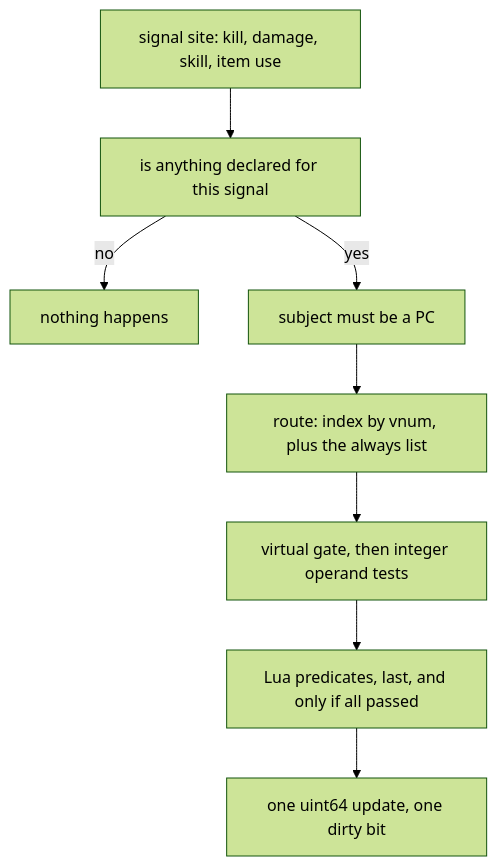
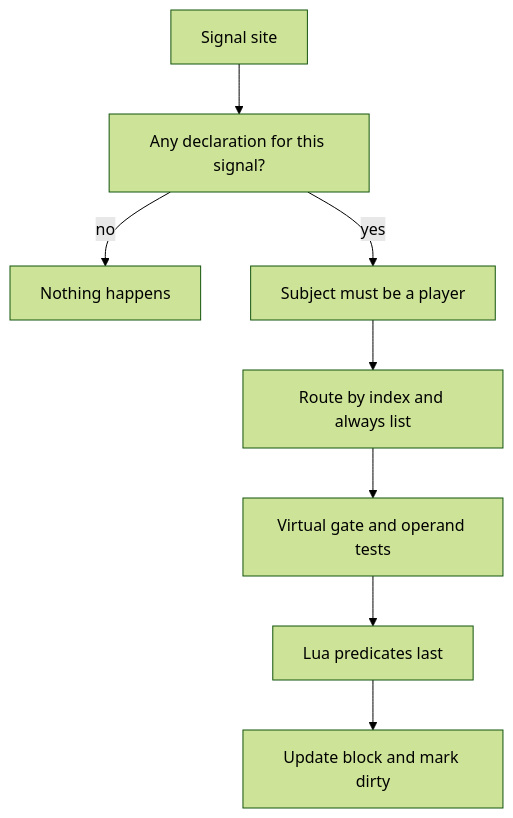
The diagram in foundations/player-metrics/index.md (universal-core/website), drawn with Mermaid (forest theme) before and after one commit. The commit also changed other lines of this file and 163 other files, not shown here.

````diff
--- a/foundations/player-metrics/index.md
+++ b/foundations/player-metrics/index.md
@@ -203,10 +65,10 @@
 ```mermaid
 flowchart TD
-    A["signal site: kill, damage, skill, item use"] --> B["is anything declared for this signal"]
-    B -->|no| Z["nothing happens"]
-    B -->|yes| C["subject must be a PC"]
-    C --> D["route: index by vnum, plus the always list"]
-    D --> E["virtual gate, then integer operand tests"]
-    E --> F["Lua predicates, last, and only if all passed"]
-    F --> G["one uint64 update, one dirty bit"]
+    A["Signal site"] --> B["Any declaration for this signal?"]
+    B -->|no| Z["Nothing happens"]
+    B -->|yes| C["Subject must be a player"]
+    C --> D["Route by index and always list"]
+    D --> E["Virtual gate and operand tests"]
+    E --> F["Lua predicates last"]
+    F --> G["Update block and mark dirty"]
 ```
````
